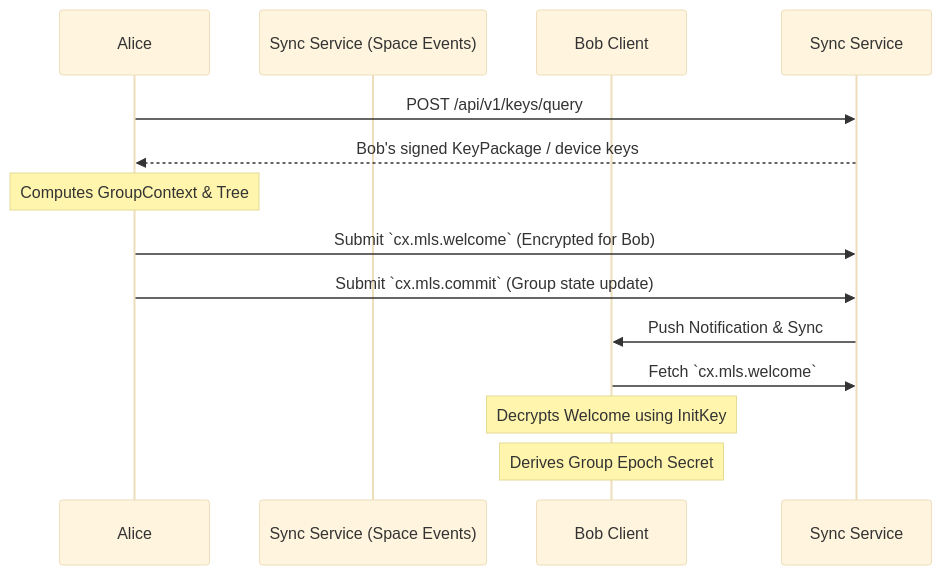
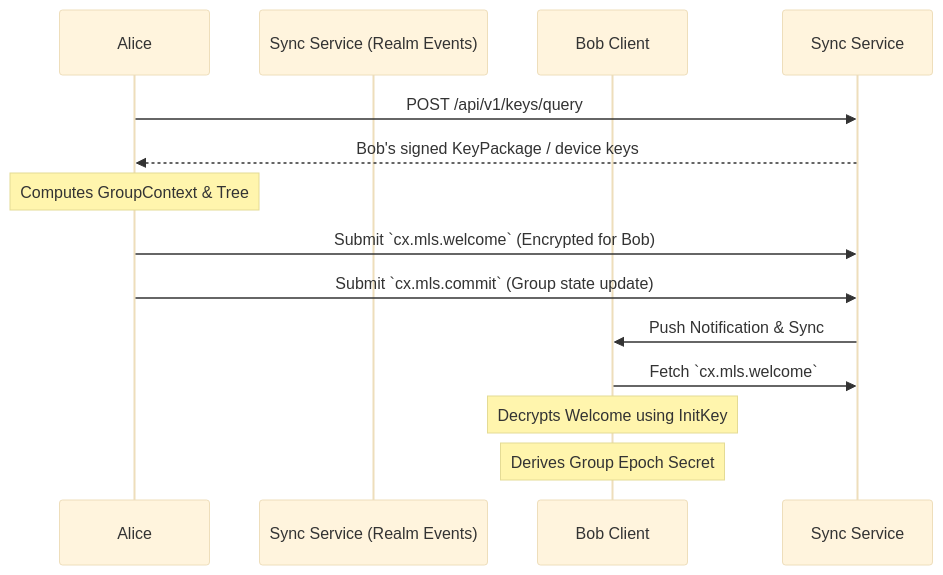
The first of 2 diagrams in spec/v1/zh/crypto-media/encryption-and-audit.md (arkret-org/arkret-spec), drawn with Mermaid (base theme) before and after one commit. The commit also changed other lines of this file and 162 other files, not shown here.

Commit message:
Rework Realm and Space boundaries

````diff
--- a/spec/v1/zh/crypto-media/encryption-and-audit.md
+++ b/spec/v1/zh/crypto-media/encryption-and-audit.md
@@ -29,20 +29,20 @@
 ```mermaid
 sequenceDiagram
     participant Alice
-    participant Sync Service (Space Events)
+    participant Sync Service (Realm Events)
     participant BobClient as Bob Client
 
     Alice->>Sync Service: POST /api/v1/keys/query
     Sync Service-->>Alice: Bob's signed KeyPackage / device keys
     
     note over Alice: Computes GroupContext & Tree
     
     Alice->>Sync Service: Submit `cx.mls.welcome` (Encrypted for Bob)
     Alice->>Sync Service: Submit `cx.mls.commit` (Group state update)
     
     Sync Service->>BobClient: Push Notification & Sync
     
     BobClient->>Sync Service: Fetch `cx.mls.welcome`
     note over BobClient: Decrypts Welcome using InitKey
     note over BobClient: Derives Group Epoch Secret
 ```
````
